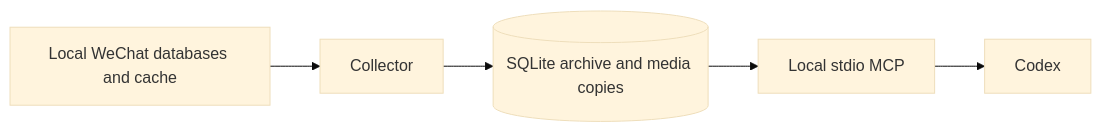
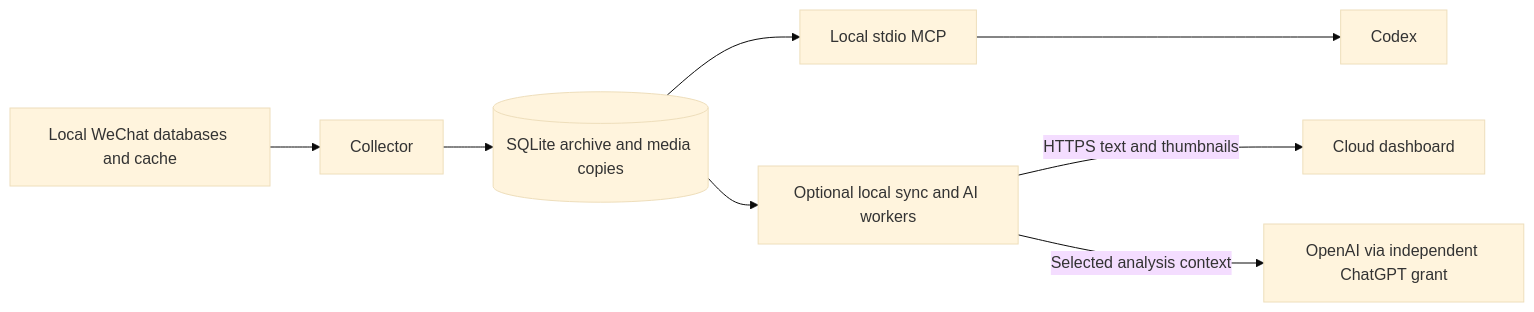
One commit to RethinkCraft/WeKeeper changed the diagram in README.md. Above: the diagram before and after it, drawn with Mermaid (base theme). The commit also changed other lines of this file and 20 other files, not shown here.

````diff
--- a/README.md
+++ b/README.md
@@ -38,7 +42,10 @@
 ```mermaid
 flowchart LR
     W[Local WeChat databases and cache] --> C[Collector]
     C --> A[(SQLite archive and media copies)]
     A --> M[Local stdio MCP]
     M --> X[Codex]
+    A --> S[Optional local sync and AI workers]
+    S -->|HTTPS text and thumbnails| D[Cloud dashboard]
+    S -->|Selected analysis context| O[OpenAI via independent ChatGPT grant]
 ```
````
